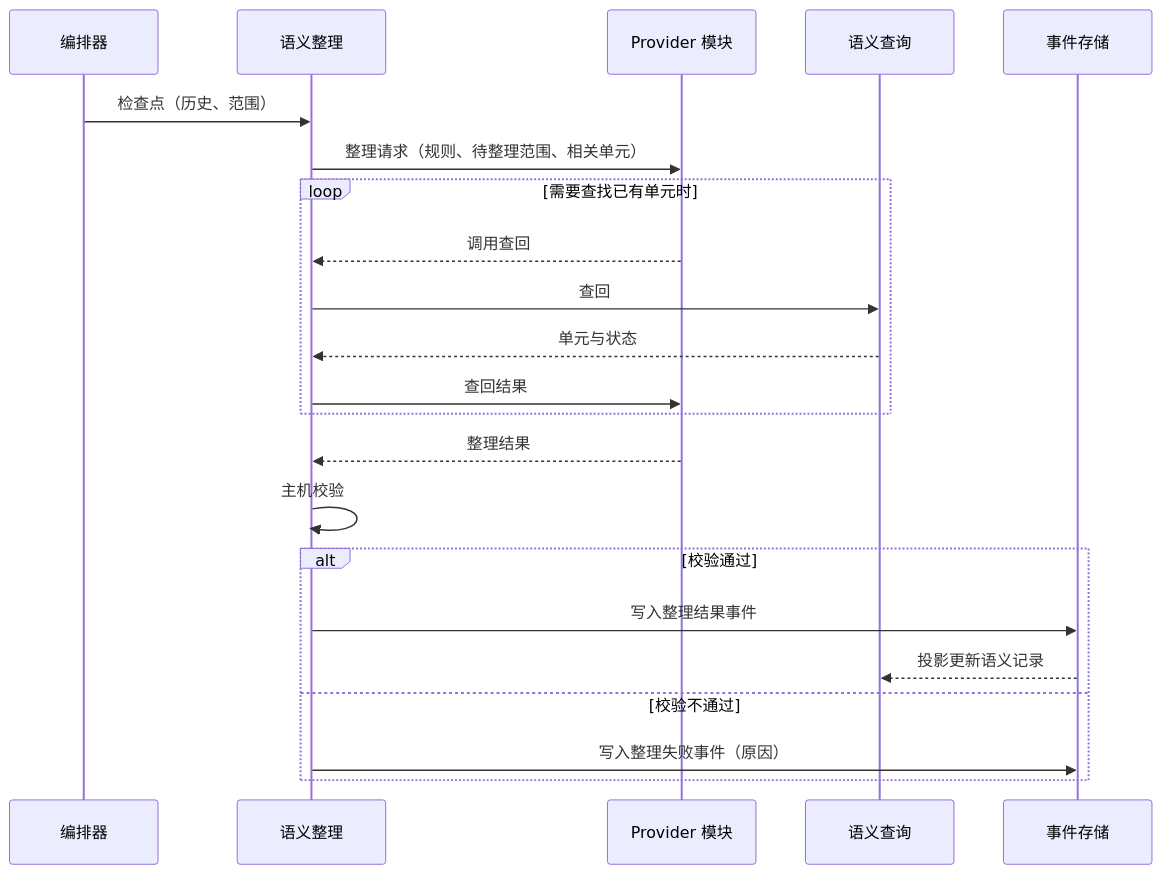
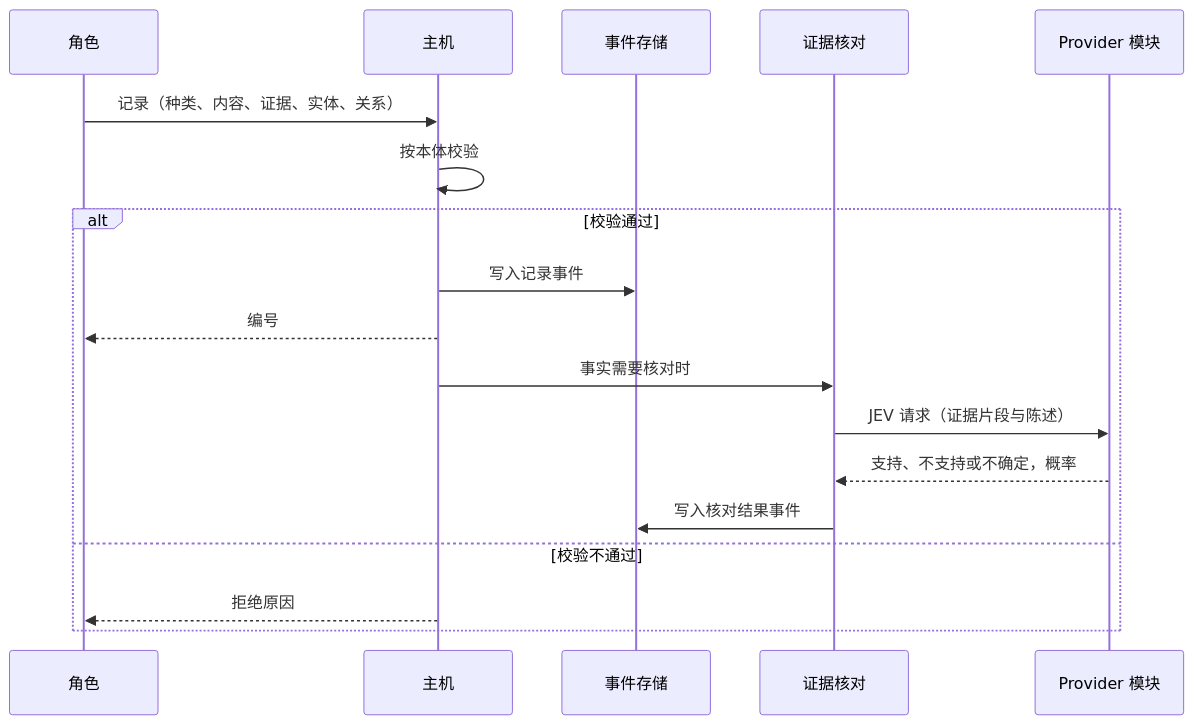
The third of 5 diagrams in docs/design/semantic-system.md (bender2333/yudao), drawn with Mermaid before and after one commit. The commit also changed other lines of this file and 17 other files, not shown here.

Commit message:
docs: 语义系统设计说明按 D25 改写（整理与上下文组装），新增 ADR-0008、ADR-0009，同步受影响的设计、需求与路线图

````diff
--- a/docs/design/semantic-system.md
+++ b/docs/design/semantic-system.md
@@ -183,24 +225,20 @@
 ```mermaid
 sequenceDiagram
-  participant Orch as 编排器
-  participant Org as 语义整理
+  participant R as 角色
+  participant H as 主机
+  participant ES as 事件存储
+  participant J as 证据核对
   participant PM as Provider 模块
-  participant Q as 语义查询
-  participant ES as 事件存储
-  Orch->>Org: 检查点（历史、范围）
-  Org->>PM: 整理请求（规则、待整理范围、相关单元）
-  loop 需要查找已有单元时
-    PM-->>Org: 调用查回
-    Org->>Q: 查回
-    Q-->>Org: 单元与状态
-    Org->>PM: 查回结果
-  end
-  PM-->>Org: 整理结果
-  Org->>Org: 主机校验
+  R->>H: 记录（种类、内容、证据、实体、关系）
+  H->>H: 按本体校验
   alt 校验通过
-    Org->>ES: 写入整理结果事件
-    ES-->>Q: 投影更新语义记录
+    H->>ES: 写入记录事件
+    H-->>R: 编号
+    H->>J: 事实需要核对时
+    J->>PM: JEV 请求（证据片段与陈述）
+    PM-->>J: 支持、不支持或不确定，概率
+    J->>ES: 写入核对结果事件
   else 校验不通过
-    Org->>ES: 写入整理失败事件（原因）
+    H-->>R: 拒绝原因
   end
 ```
````
